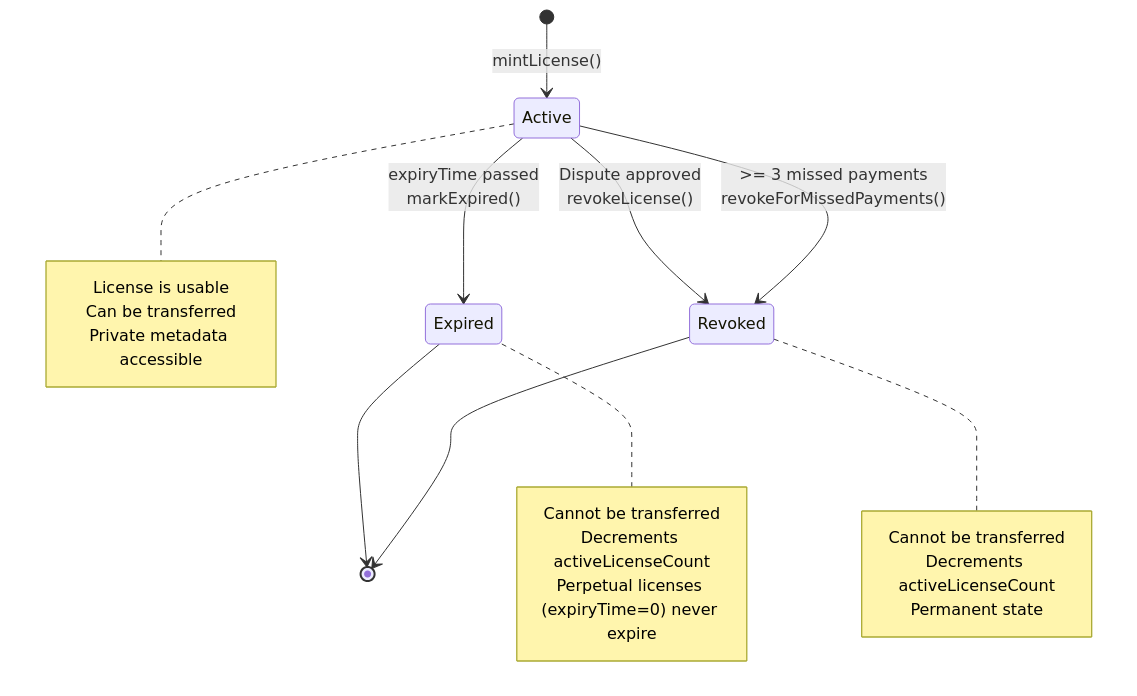
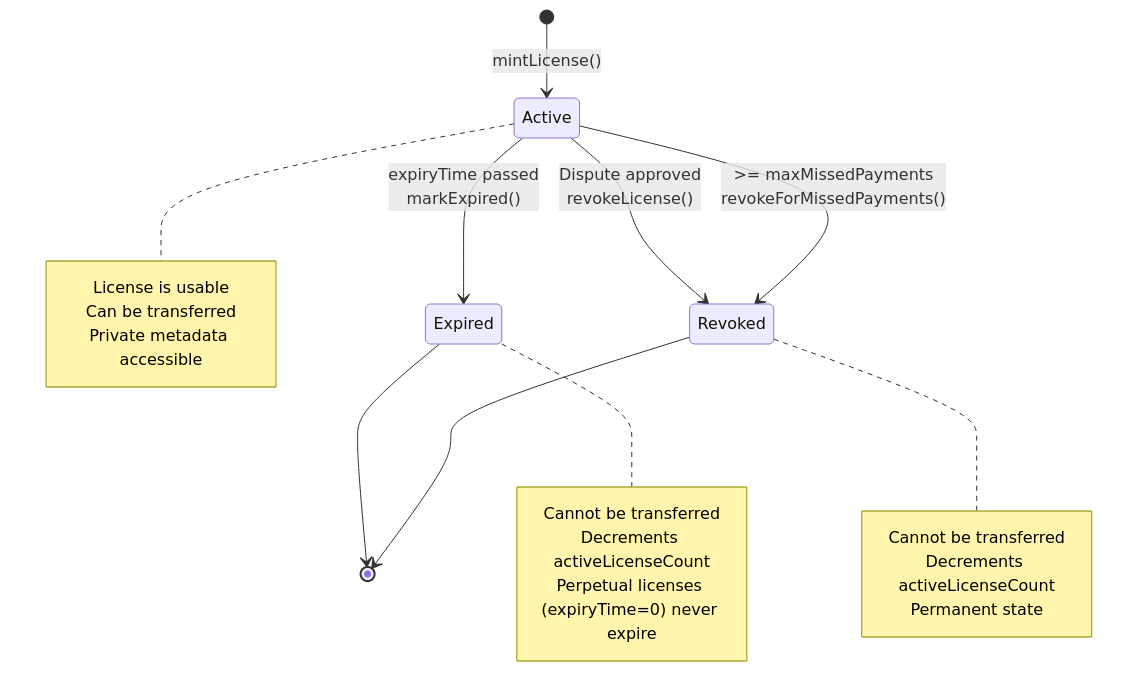
One commit to nomadbitcoin/softlaw-marketplace-contracts changed the first of 7 diagrams in docs/src/architecture/state-machines.md. Above: the diagram before and after it, drawn with Mermaid. The commit also changed other lines of this file and 21 other files, not shown here.

````diff
--- a/docs/src/architecture/state-machines.md
+++ b/docs/src/architecture/state-machines.md
@@ -7,29 +7,29 @@
 ```mermaid
 stateDiagram-v2
     [*] --> Active: mintLicense()
 
     Active --> Expired: expiryTime passed<br/>markExpired()
     Active --> Revoked: Dispute approved<br/>revokeLicense()
-    Active --> Revoked: >= 3 missed payments<br/>revokeForMissedPayments()
+    Active --> Revoked: >= maxMissedPayments<br/>revokeForMissedPayments()
 
     Expired --> [*]
     Revoked --> [*]
 
     note right of Active
         License is usable
         Can be transferred
         Private metadata accessible
     end note
 
     note right of Expired
         Cannot be transferred
         Decrements activeLicenseCount
         Perpetual licenses (expiryTime=0) never expire
     end note
 
     note right of Revoked
         Cannot be transferred
         Decrements activeLicenseCount
         Permanent state
     end note
 ```
````
